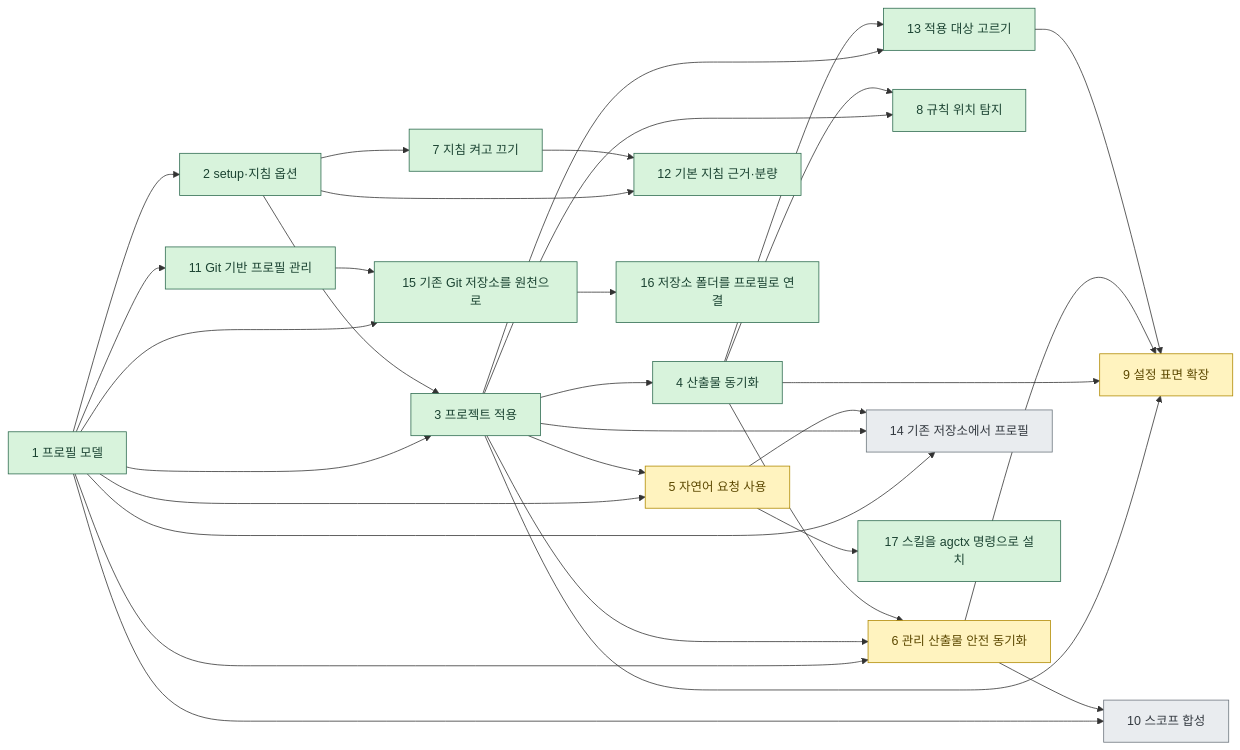
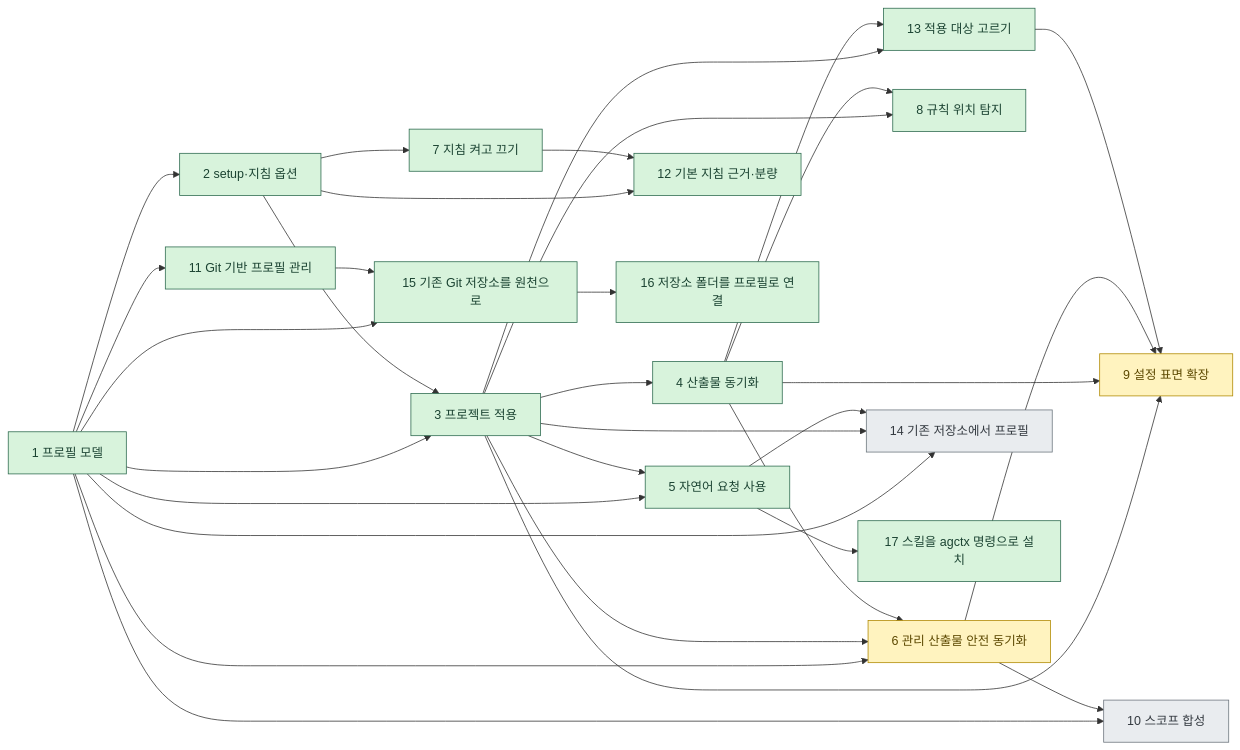
Before and after one commit to IsthisLee/agent-context-manager: the diagram in docs/discussion/architecture/README.md, drawn with Mermaid. The commit also changed other lines of this file and 17 other files, not shown here.

````diff
--- a/docs/discussion/architecture/README.md
+++ b/docs/discussion/architecture/README.md
@@ -40,41 +40,41 @@
 ```mermaid
 flowchart LR
   S1["1 프로필 모델"] --> S2["2 setup·지침 옵션"]
   S1 --> S3["3 프로젝트 적용"]
   S2 --> S3
   S3 --> S4["4 산출물 동기화"]
   S1 --> S5["5 자연어 요청 사용"]
   S3 --> S5
   S1 --> S6["6 관리 산출물 안전 동기화"]
   S3 --> S6
   S4 --> S6
   S2 --> S7["7 지침 켜고 끄기"]
   S3 --> S8["8 규칙 위치 탐지"]
   S4 --> S8
   S3 --> S9["9 설정 표면 확장"]
   S4 --> S9
   S6 --> S9
   S1 --> S10["10 스코프 합성"]
   S6 --> S10
   S1 --> S11["11 Git 기반 프로필 관리"]
   S2 --> S12["12 기본 지침 근거·분량"]
   S7 --> S12
   S3 --> S13["13 적용 대상 고르기"]
   S4 --> S13
   S13 --> S9
   S1 --> S14["14 기존 저장소에서 프로필"]
   S3 --> S14
   S5 --> S14
   S1 --> S15["15 기존 Git 저장소를 원천으로"]
   S11 --> S15
   S15 --> S16["16 저장소 폴더를 프로필로 연결"]
   S5 --> S17["17 스킬을 agctx 명령으로 설치"]
   classDef done fill:#d8f3dc,stroke:#2d6a4f,color:#1b4332
   classDef doing fill:#fff3bf,stroke:#b08900,color:#5c4800
   classDef todo fill:#e9ecef,stroke:#6c757d,color:#343a40
   %% agctx:generated:stage-classes:start
-  class S1,S2,S3,S4,S7,S8,S11,S12,S13,S15,S16,S17 done
-  class S5,S6,S9 doing
+  class S1,S2,S3,S4,S5,S7,S8,S11,S12,S13,S15,S16,S17 done
+  class S6,S9 doing
   class S10,S14 todo
   %% agctx:generated:stage-classes:end
 ```
````
